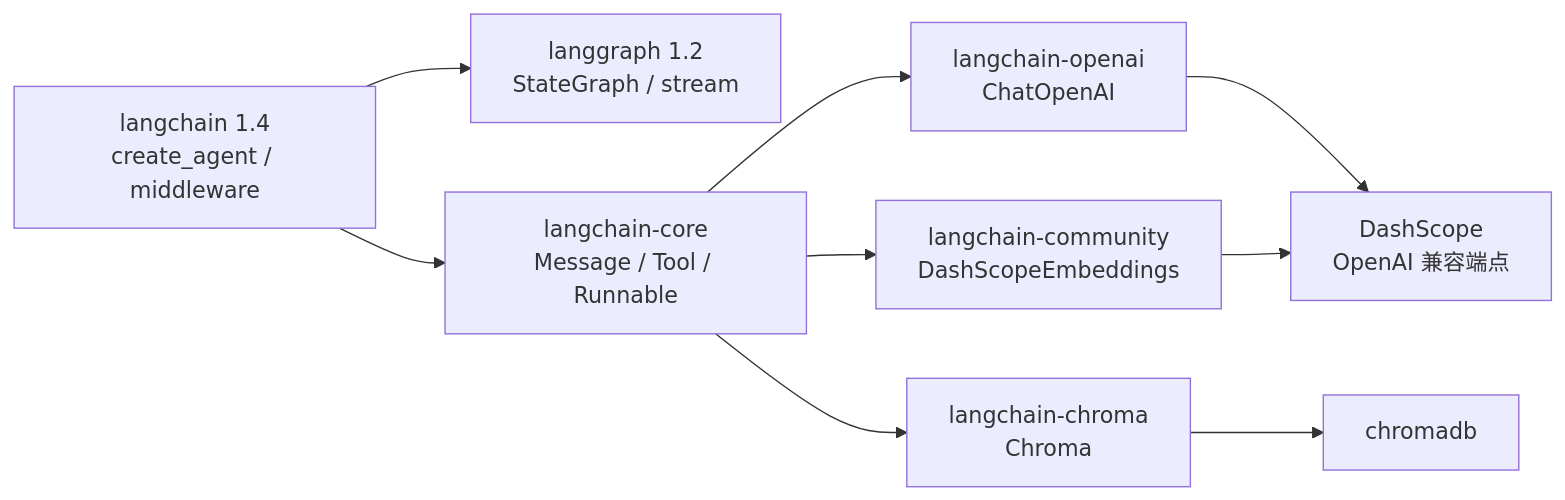
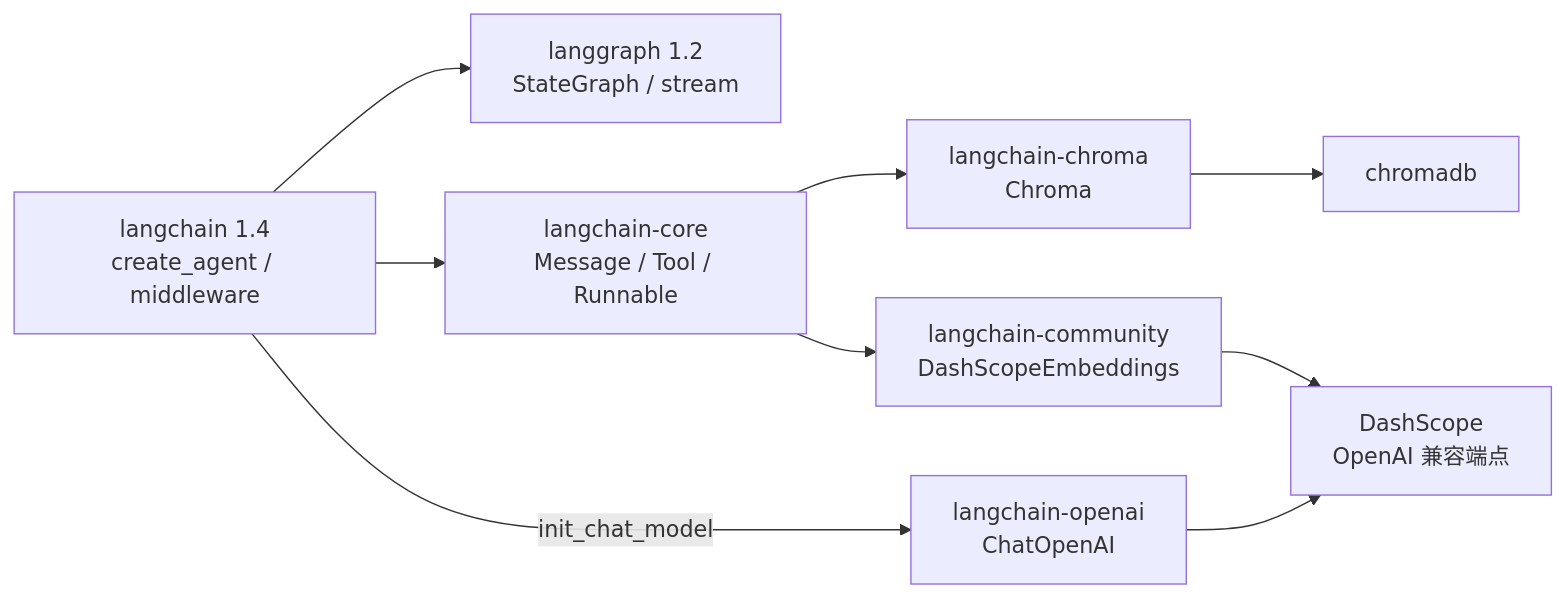
The first of 4 diagrams in docs/ARCHITECTURE.md (AX3031/RAG_Agent02), drawn with Mermaid before and after one commit. The commit also changed other lines of this file and 5 other files, not shown here.

````diff
--- a/docs/ARCHITECTURE.md
+++ b/docs/ARCHITECTURE.md
@@ -143,11 +143,11 @@
 ```mermaid
 flowchart LR
     LC["langchain 1.4<br/>create_agent / middleware"] --> LG["langgraph 1.2<br/>StateGraph / stream"]
     LC --> LCO["langchain-core<br/>Message / Tool / Runnable"]
-    LCO --> LO["langchain-openai<br/>ChatOpenAI"]
+    LC -->|"init_chat_model"| LO["langchain-openai<br/>ChatOpenAI"]
     LCO --> LCH["langchain-chroma<br/>Chroma"]
     LCH --> CD["chromadb"]
     LO --> DS["DashScope<br/>OpenAI 兼容端点"]
     LCO --> DSE["langchain-community<br/>DashScopeEmbeddings"]
     DSE --> DS
 ```
````
